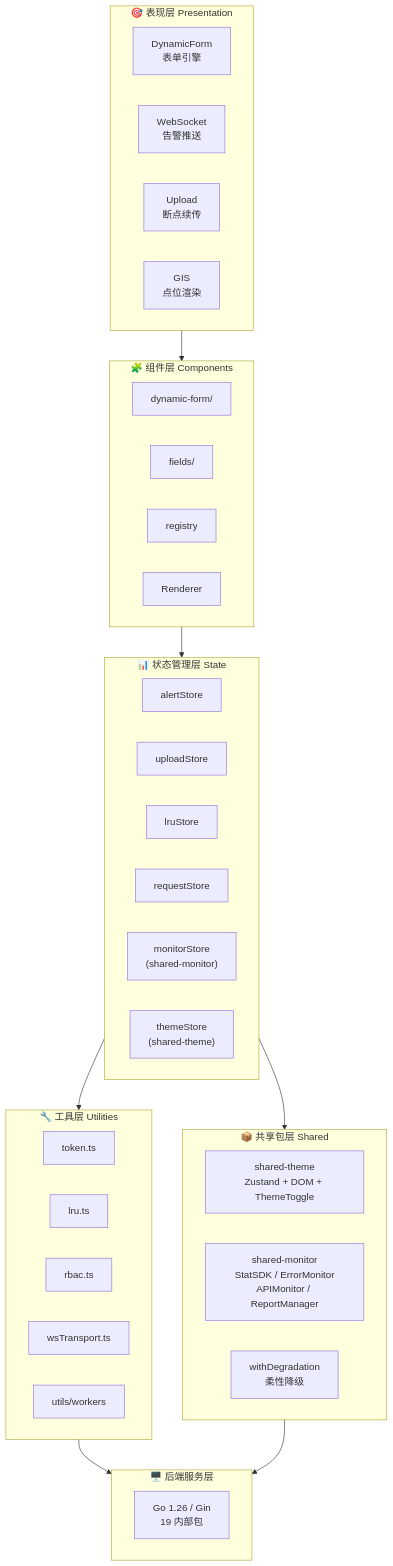
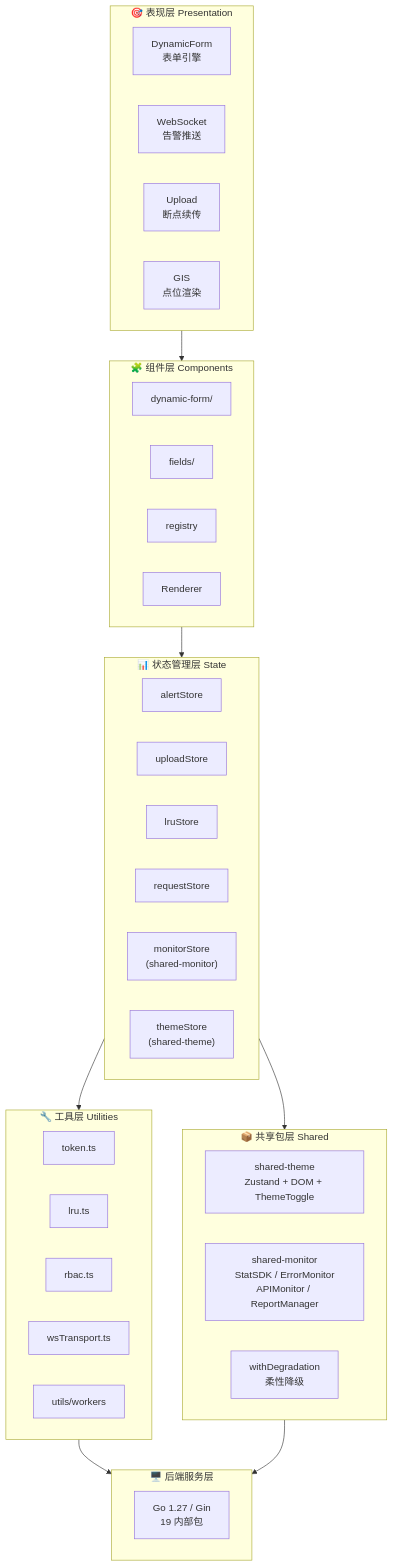
One commit to KMaybe01/interview-demo changed the fifth of 6 diagrams in Wiki.md. Above: the diagram before and after it, drawn with Mermaid. The commit also changed other lines of this file and 14 other files, not shown here.

````diff
--- a/Wiki.md
+++ b/Wiki.md
@@ -361,50 +361,50 @@
 ```mermaid
 graph TB
     subgraph Presentation["🎯 表现层 Presentation"]
         DF["DynamicForm<br/>表单引擎"]
         WS["WebSocket<br/>告警推送"]
         UP["Upload<br/>断点续传"]
         GIS["GIS<br/>点位渲染"]
     end
 
     subgraph Components["🧩 组件层 Components"]
         CF["dynamic-form/"]
         FR["fields/"]
         RG["registry"]
         RE["Renderer"]
     end
 
     subgraph State["📊 状态管理层 State"]
         ZA["alertStore"]
         ZU["uploadStore"]
         ZL["lruStore"]
         ZR["requestStore"]
         MS["monitorStore<br/>(shared-monitor)"]
         TS["themeStore<br/>(shared-theme)"]
     end
 
     subgraph Shared["📦 共享包层 Shared"]
         TH["shared-theme<br/>Zustand + DOM + ThemeToggle"]
         MO["shared-monitor<br/>StatSDK / ErrorMonitor<br/>APIMonitor / ReportManager"]
         DG["withDegradation<br/>柔性降级"]
     end
 
     subgraph Utils["🔧 工具层 Utilities"]
         TK["token.ts"]
         LR["lru.ts"]
         RB["rbac.ts"]
         WSX["wsTransport.ts"]
         WK["utils/workers"]
     end
 
     subgraph BackendLayer["🖥️ 后端服务层"]
-        GO["Go 1.26 / Gin<br/>19 内部包"]
+        GO["Go 1.27 / Gin<br/>19 内部包"]
     end
 
     Presentation --> Components
     Components --> State
     State --> Shared
     State --> Utils
     Utils --> BackendLayer
     Shared --> BackendLayer
 ```
````
